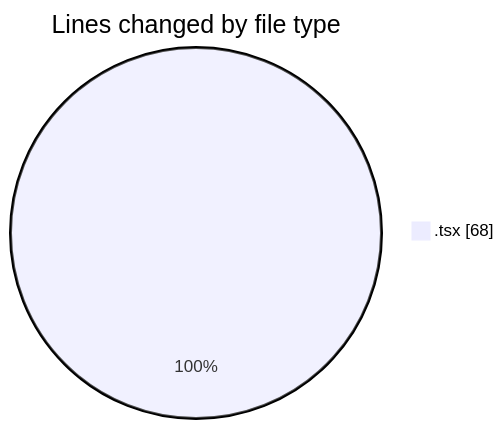
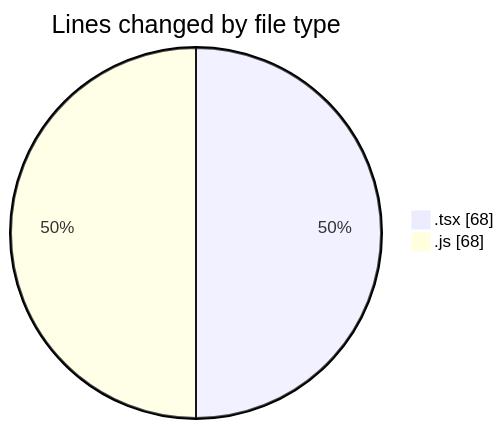
Before and after one commit to momahboobian/code-tracking: the first of 2 diagrams in 2026-09-25/cda/README.md, drawn with Mermaid. The commit also changed other lines of this file and 1 other file, not shown here.

````diff
--- a/2026-09-25/cda/README.md
+++ b/2026-09-25/cda/README.md
@@ -22,5 +23,6 @@
 ```mermaid
 pie showData
 title Lines changed by file type
 ".tsx" : 68
+".js" : 68
 ```
````
